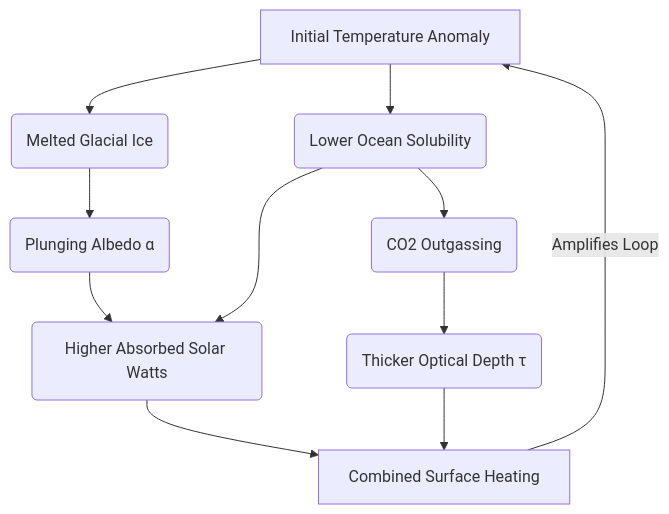
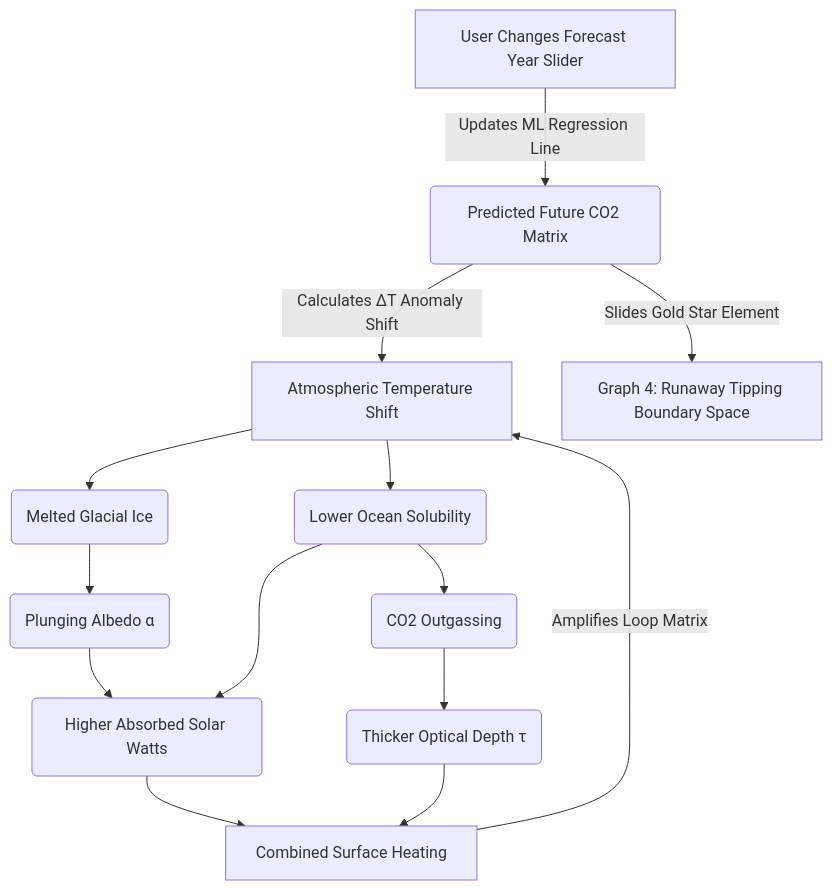
Before and after one commit to SRINIVASTA/planetary-climate-dashboard: the diagram in README.md, drawn with Mermaid. The commit also changed other lines of this file, not shown here.

Commit message:
Enhance README with dynamic tracking and feedback loop
Added new sections on dynamic coordinate tracking and feedback loop.

````diff
--- a/README.md
+++ b/README.md
@@ -53,13 +58,21 @@
 ```mermaid
 graph TD
-    A[Initial Temperature Anomaly] --> B(Melted Glacial Ice)
+    UserSlider[User Changes Forecast Year Slider] -->|Updates ML Regression Line| FutureCO2(Predicted Future CO2 Matrix)
+    FutureCO2 -->|Calculates ΔT Anomaly Shift| A[Atmospheric Temperature Shift]
+    
+    A --> B(Melted Glacial Ice)
     A --> C(Lower Ocean Solubility)
+    
     B --> D(Plunging Albedo α)
     C --> E(CO2 Outgassing)
+    
     D --> F(Higher Absorbed Solar Watts)
     C --> F
+    
     E --> G(Thicker Optical Depth τ)
     F --> H[Combined Surface Heating]
     G --> H
-    H -->|Amplifies Loop| A
+    
+    H -->|Amplifies Loop Matrix| A
+    FutureCO2 -->|Slides Gold Star Element| Graph4[Graph 4: Runaway Tipping Boundary Space]
 ```
````
